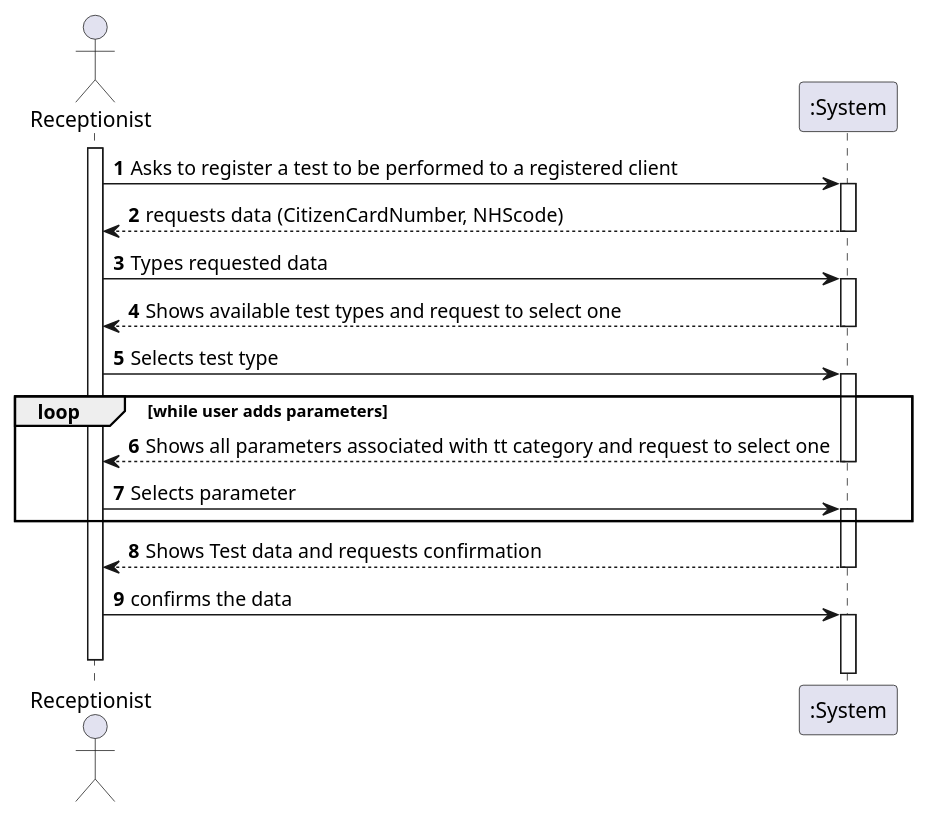
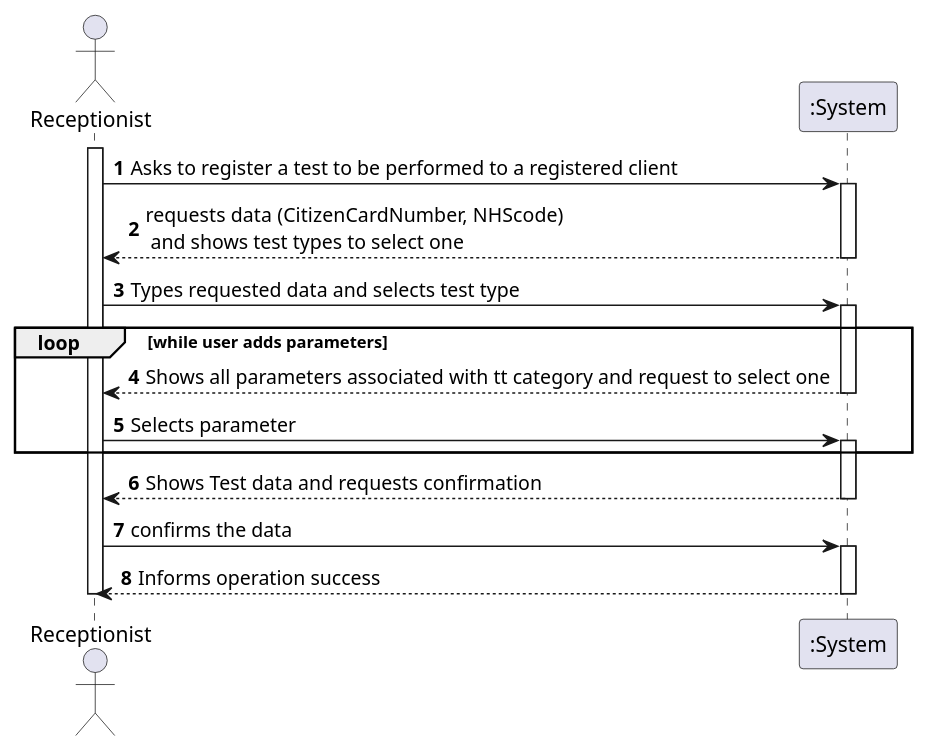
The diagram in docs/SprintC/US_4/US4_SSD.puml (ana-albergaria/LAPR2-ISEP), drawn with PlantUML before and after one commit. The commit also changed 7 other files, not shown here.

```diff
--- a/docs/SprintC/US_4/US4_SSD.puml
+++ b/docs/SprintC/US_4/US4_SSD.puml
@@ -1,32 +1,29 @@
 @startuml
 
 autonumber
 actor "Receptionist" as MLT
 
 activate MLT
 MLT -> ":System" : Asks to register a test to be performed to a registered client
 activate ":System"
-":System" --> MLT :requests data (CitizenCardNumber, NHScode)
+":System" --> MLT :requests data (CitizenCardNumber, NHScode) \n and shows test types to select one
 deactivate ":System"
 
-MLT -> ":System" : Types requested data
+MLT -> ":System" : Types requested data and selects test type
 activate ":System"
-":System" --> MLT : Shows available test types and request to select one
-deactivate ":System"
 
-MLT -> ":System" : Selects test type
-activate ":System"
 loop while user adds parameters
 ":System" --> MLT : Shows all parameters associated with tt category and request to select one
 deactivate ":System"
 MLT -> ":System" : Selects parameter
 activate ":System"
 end
 ":System" --> MLT : Shows Test data and requests confirmation
 deactivate ":System"
 MLT -> ":System" : confirms the data
 activate ":System"
-
+":System" --> MLT : Informs operation success
+deactivate ":System"
 deactivate MLT
 
 @enduml
```
